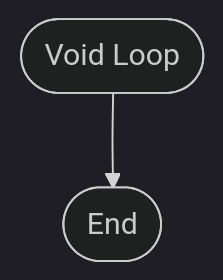
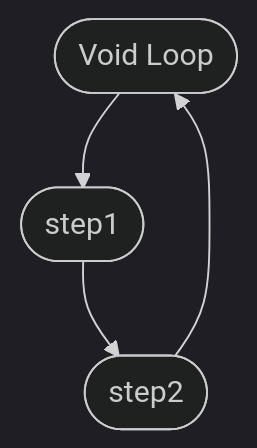
One commit to TheDjgamerProductions/Robotics2022 changed the second of 2 diagrams in Assessments/Assessment_2_Smart_Device_House/Logic.md. Above: the diagram before and after it, drawn with Mermaid (dark theme). The commit also changed other lines of this file and 1 other file, not shown here.

Commit message:
Updated Logic Chart

````diff
--- a/Assessments/Assessment_2_Smart_Device_House/Logic.md
+++ b/Assessments/Assessment_2_Smart_Device_House/Logic.md
@@ -10,6 +20,7 @@
 ```mermaid
   flowchart TD
     terminalStart([Void Loop])
-    terminalEnd([End])
-    terminalStart --> terminalEnd
+    step1([step1])
+    step2([step2])
+    terminalStart --> step1 --> step2 --> terminalStart
 ```
````
